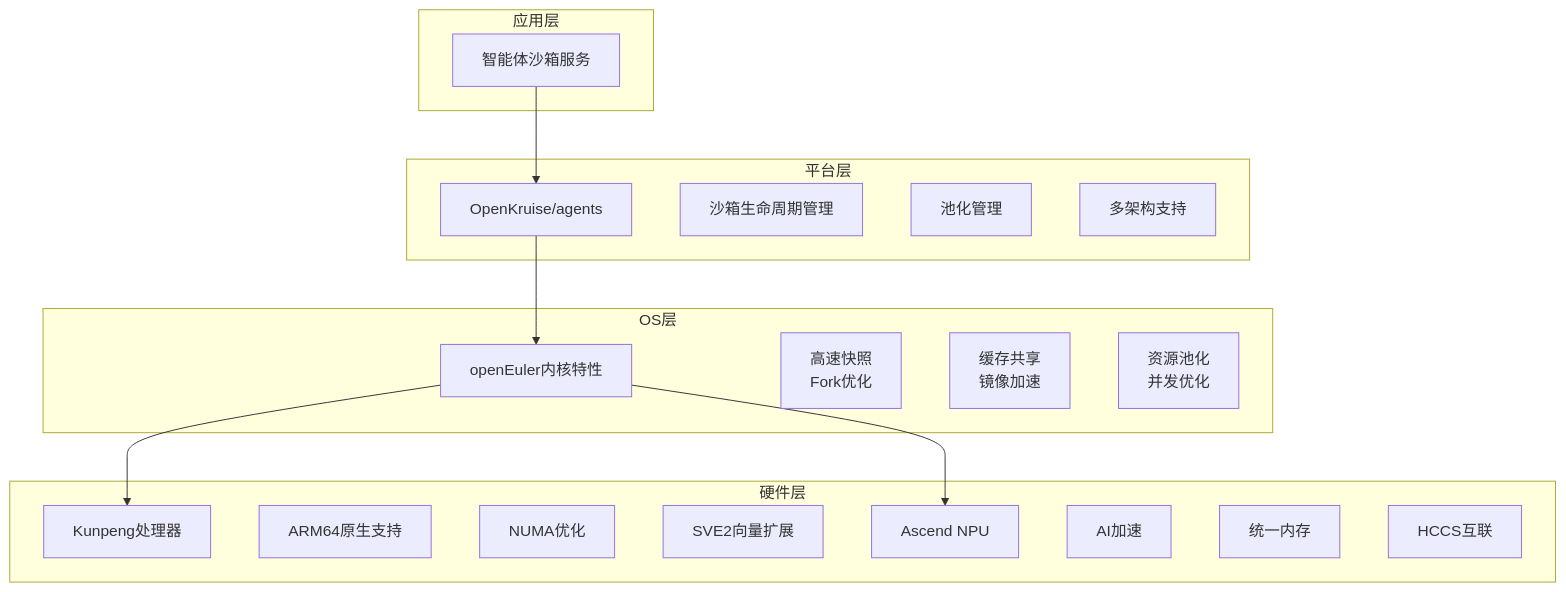
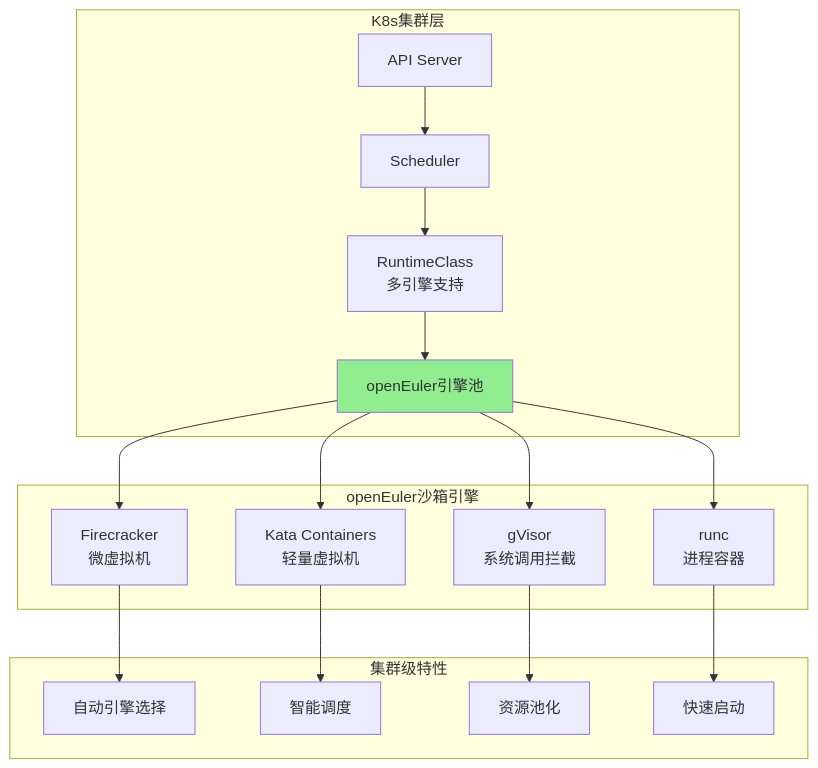
One commit to QJWang23/sandbox changed the tenth of 21 diagrams in docs/superpowers/specs/2026-03-22-agent-sandbox-technical-roadmap.md. Above: the diagram before and after it, drawn with Mermaid. The commit also changed other lines of this file, not shown here.

First line of the commit message:
Update technical roadmap with cluster-level infrastructure focus

````diff
--- a/docs/superpowers/specs/2026-03-22-agent-sandbox-technical-roadmap.md
+++ b/docs/superpowers/specs/2026-03-22-agent-sandbox-technical-roadmap.md
@@ -338,37 +384,24 @@
 ```mermaid
 graph TB
-    subgraph "应用层"
-        A[智能体沙箱服务]
+    subgraph "K8s集群层"
+        A[API Server] --> B[Scheduler]
+        B --> C[RuntimeClass<br/>多引擎支持]
+        C --> D[openEuler引擎池]
     end
 
-    subgraph "平台层"
-        B[OpenKruise/agents]
-        B1[沙箱生命周期管理]
-        B2[池化管理]
-        B3[多架构支持]
+    subgraph "openEuler沙箱引擎"
+        D --> E[Firecracker<br/>微虚拟机]
+        D --> F[Kata Containers<br/>轻量虚拟机]
+        D --> G[gVisor<br/>系统调用拦截]
+        D --> H[runc<br/>进程容器]
     end
 
-    subgraph "OS层"
-        C[openEuler内核特性]
-        C1[高速快照<br/>Fork优化]
-        C2[缓存共享<br/>镜像加速]
-        C3[资源池化<br/>并发优化]
+    subgraph "集群级特性"
+        E --> I[自动引擎选择]
+        F --> J[智能调度]
+        G --> K[资源池化]
+        H --> L[快速启动]
     end
 
-    subgraph "硬件层"
-        D[Kunpeng处理器]
-        D1[ARM64原生支持]
-        D2[NUMA优化]
-        D3[SVE2向量扩展]
-
-        E[Ascend NPU]
-        E1[AI加速]
-        E2[统一内存]
-        E3[HCCS互联]
-    end
-
-    A --> B
-    B --> C
-    C --> D
-    C --> E
+    style D fill:#90EE90
 ```
````
